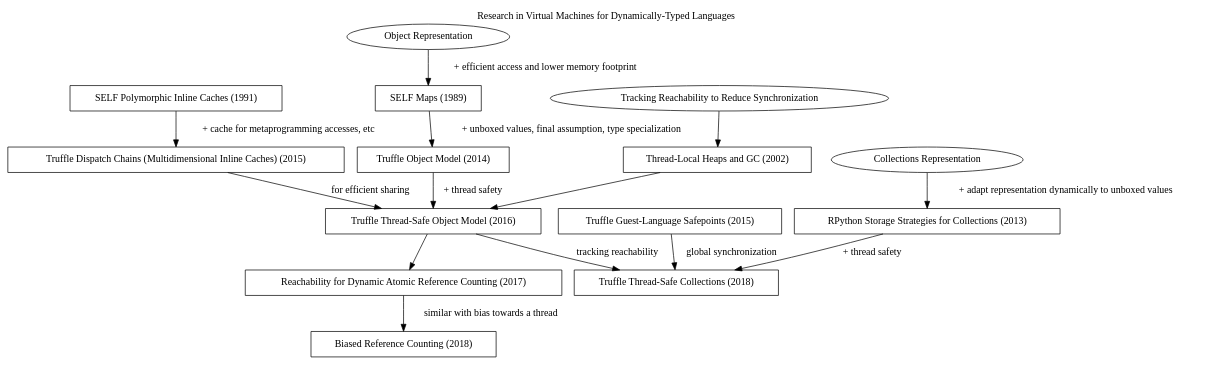
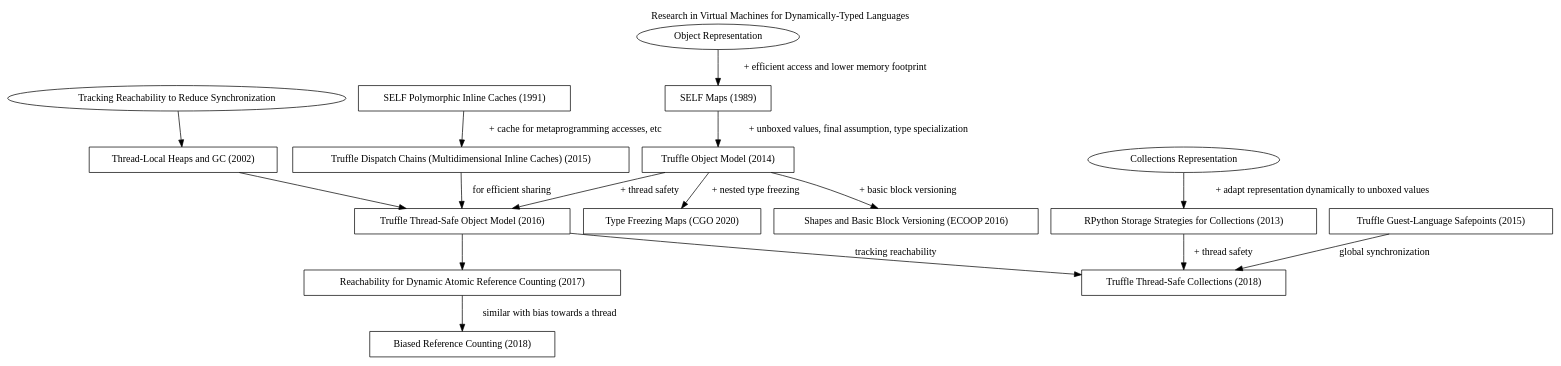
The diagram in graph.dot (eregon/virtual-machines-research-graph), drawn with Graphviz before and after one commit.

Commit message:
Shapes + BBV, and Shapes + Nested Type Freezing

```diff
--- a/graph.dot
+++ b/graph.dot
@@ -1,65 +1,74 @@
 digraph G {
   label = "Research in Virtual Machines for Dynamically-Typed Languages"
   labelloc = "t"
   node [shape = "box"]
 
   # Nodes
   pic [label = "SELF Polymorphic Inline Caches (1991)",
        tooltip = "Optimizing Dynamically-Typed Object-Oriented Languages With Polymorphic Inline Caches",
        URL = "http://bibliography.selflanguage.org/_static/pics.pdf"]
   mpic [label = "Truffle Dispatch Chains (Multidimensional Inline Caches) (2015)",
         tooltip = "Zero-Overhead Metaprogramming; Reflection and Metaobject Protocols Fast and without Compromises",
         URL = "https://stefan-marr.de/downloads/pldi15-marr-et-al-zero-overhead-metaprogramming.pdf"]
 
   om [label = "Object Representation", shape="oval"]
   maps [label = "SELF Maps (1989)",
         tooltip = "An Efficient Implementation of SELF a Dynamically-Typed Object-Oriented Language Based on Prototypes",
         URL = "http://www.selflanguage.org/_static/published/implementation.pdf"]
   tosm [label = "Truffle Object Model (2014)",
         tooltip = "An Object Storage Model for the Truffle Language Implementation Framework",
         URL = "https://chrisseaton.com/rubytruffle/pppj14-om/pppj14-om.pdf"]
   tso [label = "Truffle Thread-Safe Object Model (2016)",
        tooltip = "Efficient and Thread-Safe Objects for Dynamically-Typed Languages",
        URL = "https://eregon.me/blog/assets/research/thread-safe-objects.pdf"]
 
   glsp [label = "Truffle Guest-Language Safepoints (2015)",
         tooltip = "Techniques and Applications for Guest-Language Safepoints",
         URL = "https://eregon.me/blog/assets/research/guest-language-safepoints.pdf"]
 
+  freezing [label = "Type Freezing Maps (CGO 2020)",
+            tooltip = "Type freezing: exploiting attribute type monomorphism in tracing JIT compilers",
+            URL = "https://doi.org/10.1145/3368826.3377907"]
+  shapesAndBBV [label = "Shapes and Basic Block Versioning (ECOOP 2016)",
+                tooltip = "Interprocedural Type Specialization of JavaScript Programs Without Type Analysis",
+                URL = "https://drops.dagstuhl.de/opus/volltexte/2016/6101/pdf/LIPIcs-ECOOP-2016-7.pdf"]
+
   collections [label = "Collections Representation", shape="oval"]
   ss [label = "RPython Storage Strategies for Collections (2013)",
       tooltip = "Storage Strategies for Collections in Dynamically Typed Languages",
       URL = "https://tratt.net/laurie/research/pubs/html/bolz_diekmann_tratt__storage_strategies_for_collections_in_dynamically_typed_languages/"]
   tsc [label = "Truffle Thread-Safe Collections (2018)",
        tooltip = "Parallelization of Dynamic Languages: Synchronizing Built-in Collections",
        URL = "https://eregon.me/blog/assets/research/thread-safe-collections.pdf"]
 
   reachability [label = "Tracking Reachability to Reduce Synchronization", shape="oval"]
   domani [label = "Thread-Local Heaps and GC (2002)",
           tooltip = "Thread-Local Heaps for Java",
           URL = "http://citeseerx.ist.psu.edu/viewdoc/download?doi=10.1.1.63.5846&amp;rep=rep1&amp;type=pdf"]
   rarc [label = "Reachability for Dynamic Atomic Reference Counting (2017)",
         tooltip = "Dynamic Atomicity: Optimizing Swift Memory Management",
         URL = "https://dl.acm.org/doi/10.1145/3133841.3133843"]
   brc [label = "Biased Reference Counting (2018)",
        tooltip = "Biased Reference Counting: Minimizing Atomic Operations in Garbage Collection",
        URL = "https://iacoma.cs.uiuc.edu/iacoma-papers/pact18.pdf"]
 
   # Edges
   pic -> mpic [label = "+ cache for metaprogramming accesses, etc"]
   mpic -> tso [label = "for efficient sharing"]
 
   om -> maps [label = "+ efficient access and lower memory footprint"]
   maps -> tosm [label = "+ unboxed values, final assumption, type specialization"]
   tosm -> tso [label = "+ thread safety"]
+  tosm -> shapesAndBBV [label = "+ basic block versioning"]
+  tosm -> freezing [label = "+ nested type freezing"]
   tso -> rarc
   rarc -> brc [label = "similar with bias towards a thread"]
 
   reachability -> domani
   domani -> tso
 
   tso -> tsc [label = "tracking reachability"]
   glsp -> tsc [label = "global synchronization"]
   collections -> ss [label = "+ adapt representation dynamically to unboxed values"]
   ss -> tsc [label = "+ thread safety"]
 }
```
